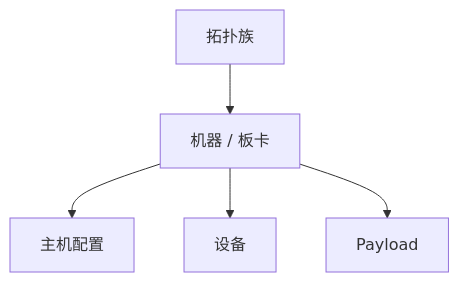
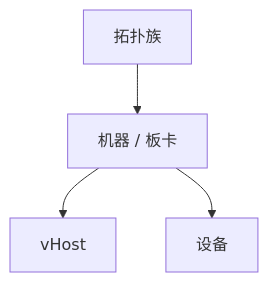
The diagram in docs/zh/topology/index.rst (chengchen512/cosim-gpu), drawn with Mermaid before and after one commit. The commit also changed other lines of this file and 110 other files, not shown here.

```diff
--- a/docs/zh/topology/index.rst
+++ b/docs/zh/topology/index.rst
@@ -30,7 +31,6 @@
 .. mermaid::
 
    flowchart TD
        T[拓扑族] --> M[机器 / 板卡]
-       M --> H[主机配置]
+       M --> H[vHost]
        M --> D[设备]
-       M --> P[Payload]
```
